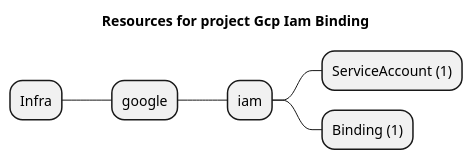
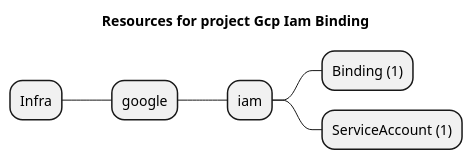
The diagram in examples/google/iam/iam-binding/artifacts/resources-mindmap.puml (grucloud/grucloud), drawn with PlantUML before and after one commit. The commit also changed other lines of this file and 34 other files, not shown here.

```diff
--- a/examples/google/iam/iam-binding/artifacts/resources-mindmap.puml
+++ b/examples/google/iam/iam-binding/artifacts/resources-mindmap.puml
@@ -1,9 +1,9 @@
 @startmindmap
 title Resources for project Gcp Iam Binding
 skinparam monochrome true
 + Infra
 ++ google
 +++ iam
+++++ Binding (1)
 ++++ ServiceAccount (1)
-++++ Binding (1)
 @endmindmap
```
